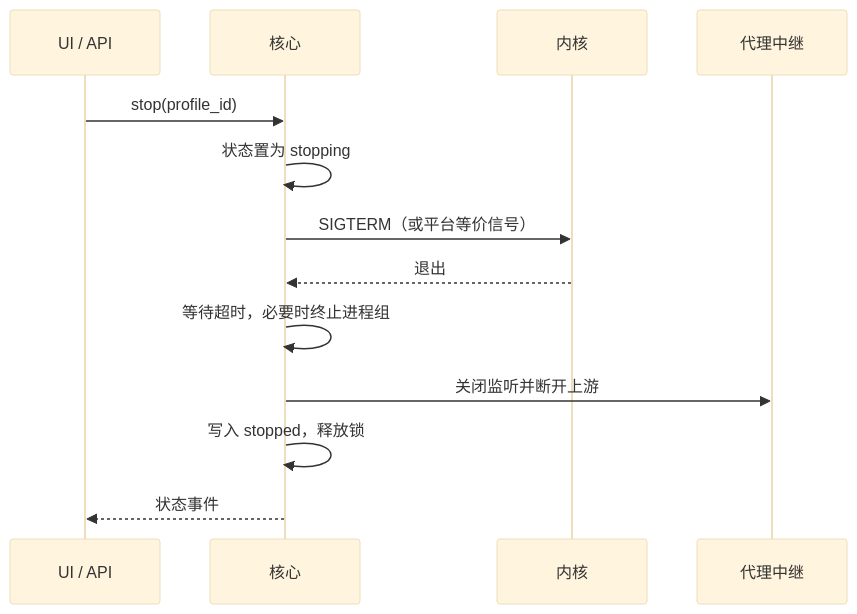
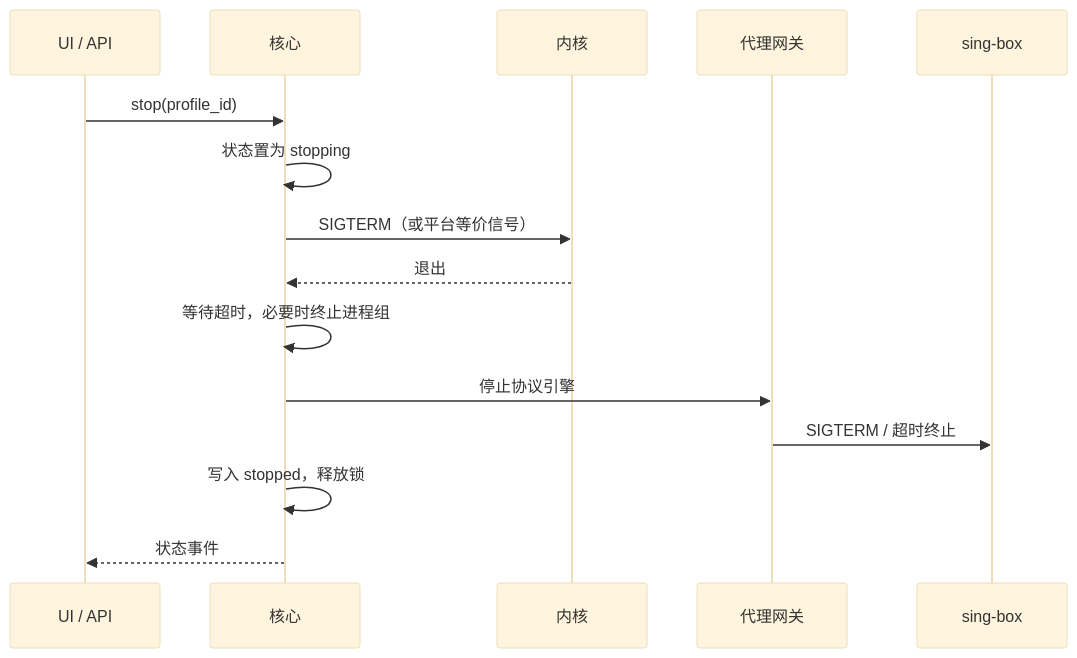
The sixth of 7 diagrams in docs/ARCHITECTURE.md (IvanLi-CN/mien), drawn with Mermaid (base theme) before and after one commit. The commit also changed other lines of this file and 25 other files, not shown here.

````diff
--- a/docs/ARCHITECTURE.md
+++ b/docs/ARCHITECTURE.md
@@ -227,16 +238,18 @@
 ```mermaid
 sequenceDiagram
   participant UI as UI / API
   participant Core as 核心
   participant K as 内核
-  participant PG as 代理中继
+  participant GW as 代理网关
+  participant PE as sing-box
 
   UI->>Core: stop(profile_id)
   Core->>Core: 状态置为 stopping
   Core->>K: SIGTERM（或平台等价信号）
   K-->>Core: 退出
   Core->>Core: 等待超时，必要时终止进程组
-  Core->>PG: 关闭监听并断开上游
+  Core->>GW: 停止协议引擎
+  GW->>PE: SIGTERM / 超时终止
   Core->>Core: 写入 stopped，释放锁
   Core-->>UI: 状态事件
 ```
````
